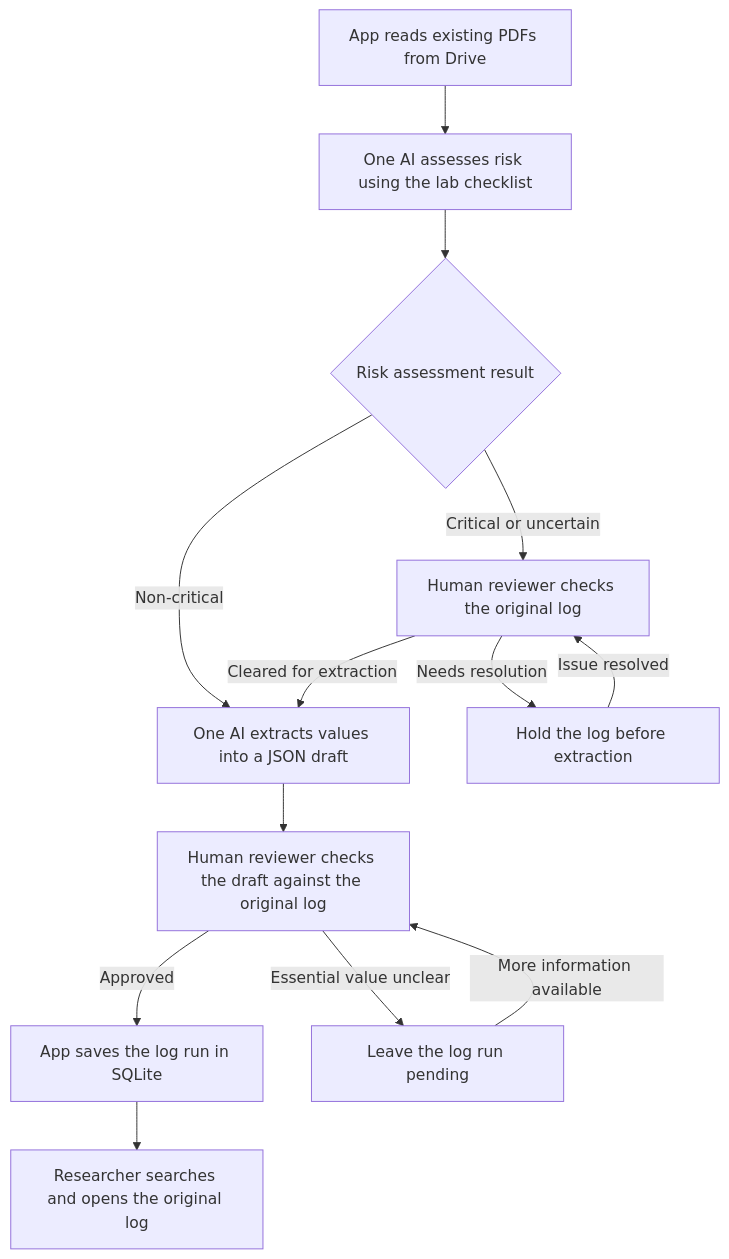
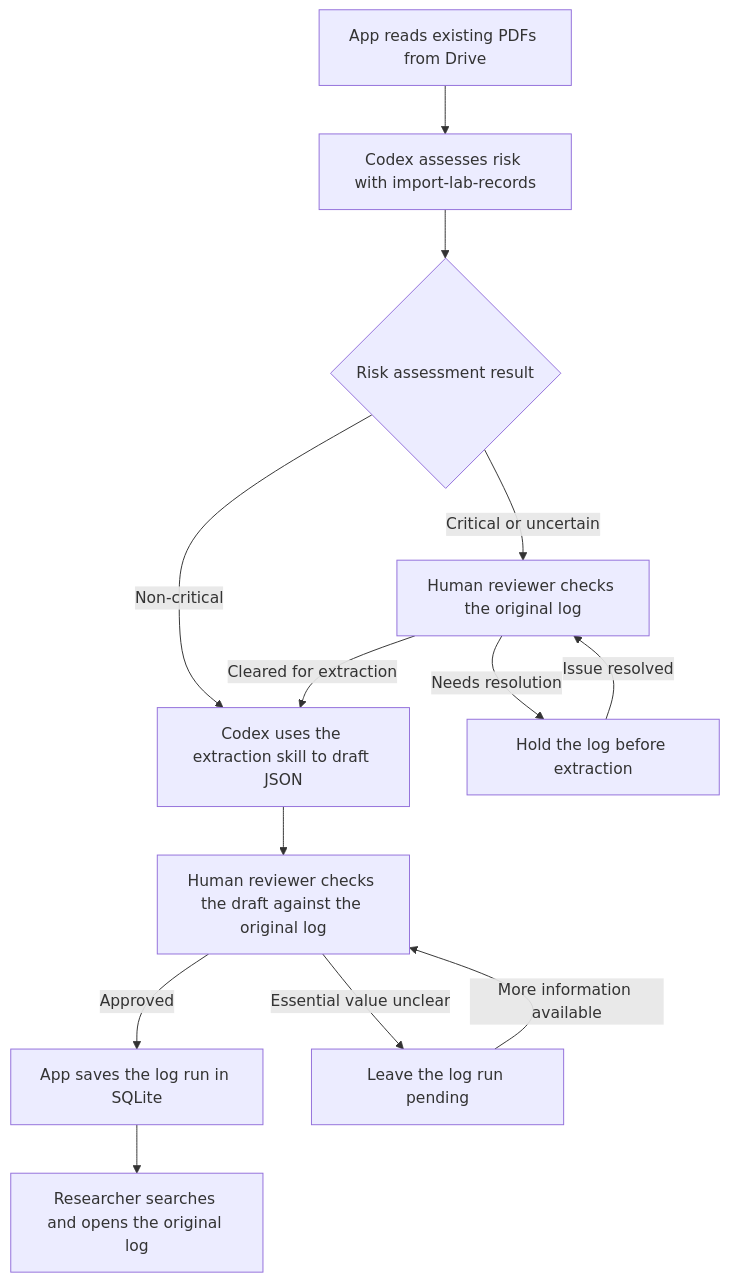
The diagram in docs/design-document.md (irisyjchang/quantum-materials-ai-archive), drawn with Mermaid before and after one commit. The commit also changed other lines of this file, not shown here.

Commit message:
docs: name Codex and its risk assessment skill

````diff
--- a/docs/design-document.md
+++ b/docs/design-document.md
@@ -40,15 +40,15 @@
 ```mermaid
 flowchart TD
-    A[App reads existing PDFs from Drive] --> T[One AI assesses risk using the lab checklist]
+    A[App reads existing PDFs from Drive] --> T[Codex assesses risk with import-lab-records]
     T --> R{Risk assessment result}
-    R -->|Non-critical| D[One AI extracts values into a JSON draft]
+    R -->|Non-critical| D[Codex uses the extraction skill to draft JSON]
     R -->|Critical or uncertain| P[Human reviewer checks the original log]
     P -->|Cleared for extraction| D
     P -->|Needs resolution| Q[Hold the log before extraction]
     Q -->|Issue resolved| P
     D --> G[Human reviewer checks the draft against the original log]
     G -->|Approved| K[App saves the log run in SQLite]
     G -->|Essential value unclear| I[Leave the log run pending]
     I -->|More information available| G
     K --> L[Researcher searches and opens the original log]
 ```
````
